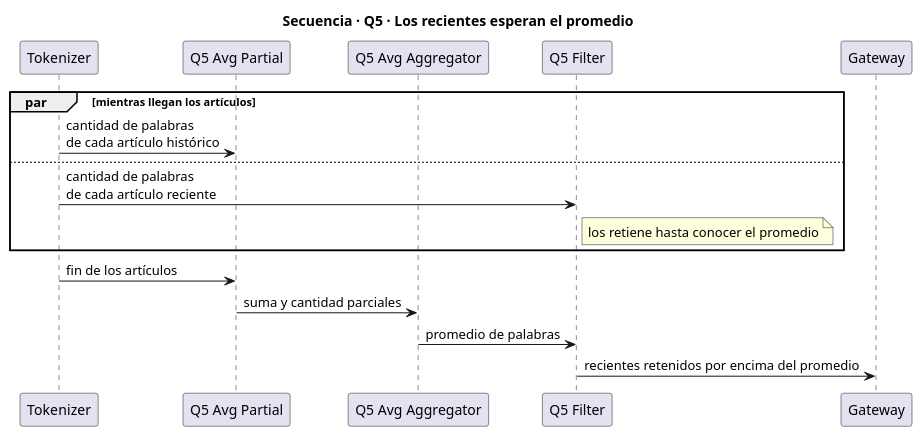
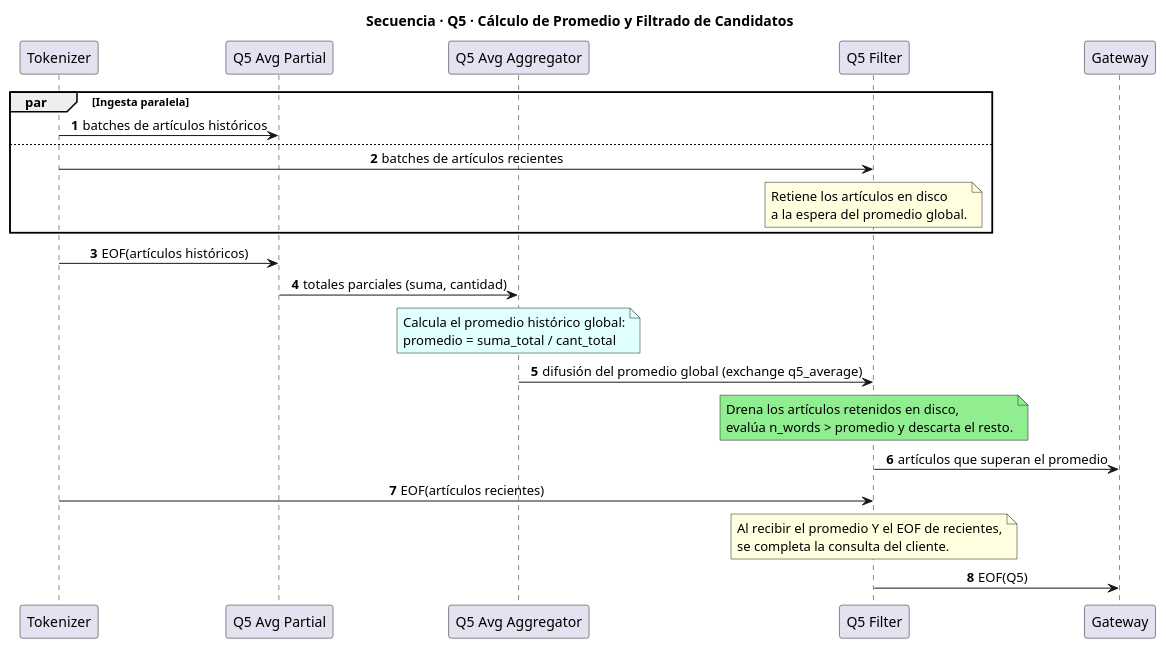
One commit to NicoPodesta/trabajo-final-distribuidos changed the diagram in Diagramas/secuencia/secuencia q5-promedio.puml. Above: the diagram before and after it, drawn with PlantUML. The commit also changed 9 other files, not shown here.

Commit message:
Docs: actualizo y compilo diagramas de actividad y secuencia

```diff
--- a/Diagramas/secuencia/secuencia q5-promedio.puml
+++ b/Diagramas/secuencia/secuencia q5-promedio.puml
@@ -1,23 +1,51 @@
-@startuml q5-promedio
-title Secuencia · Q5 · Los recientes esperan el promedio
+@startuml
+autonumber
+skinparam shadowing false
+skinparam sequenceMessageAlign center
+skinparam responseMessageBelowArrow true
+
+title Secuencia · Q5 · Cálculo de Promedio y Filtrado de Candidatos
 
 participant "Tokenizer" as T
-participant "Q5 Avg Partial" as A
-participant "Q5 Avg Aggregator" as G
-participant "Q5 Filter" as F
+participant "Q5 Avg Partial" as PART
+participant "Q5 Avg Aggregator" as AGG
+participant "Q5 Filter" as FLT
 participant "Gateway" as GW
 
-par mientras llegan los artículos
-    T -> A : cantidad de palabras\nde cada artículo histórico
+par Ingesta paralela
+  T -> PART : batches de artículos históricos
 else
-    T -> F : cantidad de palabras\nde cada artículo reciente
-    note right of F : los retiene hasta conocer el promedio
+  T -> FLT : batches de artículos recientes
+  note over FLT #LightYellow
+    Retiene los artículos en disco
+    a la espera del promedio global.
+  end note
 end
 
-T -> A : fin de los artículos
-A -> G : suma y cantidad parciales
-G -> F : promedio de palabras
+T -> PART : EOF(artículos históricos)
+PART -> AGG : totales parciales (suma, cantidad)
 
-F -> GW : recientes retenidos por encima del promedio
+note over AGG #LightCyan
+  Calcula el promedio histórico global:
+  promedio = suma_total / cant_total
+end note
+
+AGG -> FLT : difusión del promedio global (exchange q5_average)
+
+note over FLT #LightGreen
+  Drena los artículos retenidos en disco,
+  evalúa n_words > promedio y descarta el resto.
+end note
+
+FLT -> GW : artículos que superan el promedio
+
+T -> FLT : EOF(artículos recientes)
+
+note over FLT #LightYellow
+  Al recibir el promedio Y el EOF de recientes,
+  se completa la consulta del cliente.
+end note
+
+FLT -> GW : EOF(Q5)
 
 @enduml
```
